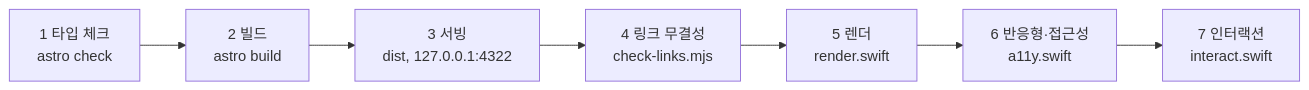
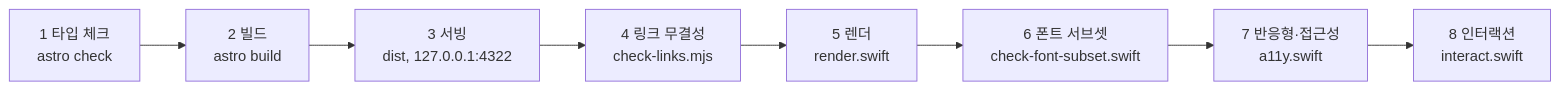
Before and after one commit to kwanbum217/NARANI_HomePage: the diagram in docs/spec/QA_AND_A11Y.md, drawn with Mermaid. The commit also changed other lines of this file and 9 other files, not shown here.

````diff
--- a/docs/spec/QA_AND_A11Y.md
+++ b/docs/spec/QA_AND_A11Y.md
@@ -18,9 +18,10 @@
 ```mermaid
 flowchart LR
   A["1 타입 체크<br/>astro check"] --> B["2 빌드<br/>astro build"]
   B --> C["3 서빙<br/>dist, 127.0.0.1:4322"]
   C --> D["4 링크 무결성<br/>check-links.mjs"]
   D --> E["5 렌더<br/>render.swift"]
-  E --> F["6 반응형·접근성<br/>a11y.swift"]
-  F --> G["7 인터랙션<br/>interact.swift"]
+  E --> F["6 폰트 서브셋<br/>check-font-subset.swift"]
+  F --> G["7 반응형·접근성<br/>a11y.swift"]
+  G --> H["8 인터랙션<br/>interact.swift"]
 ```
````
